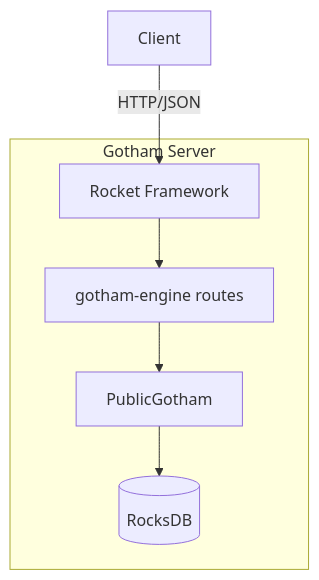
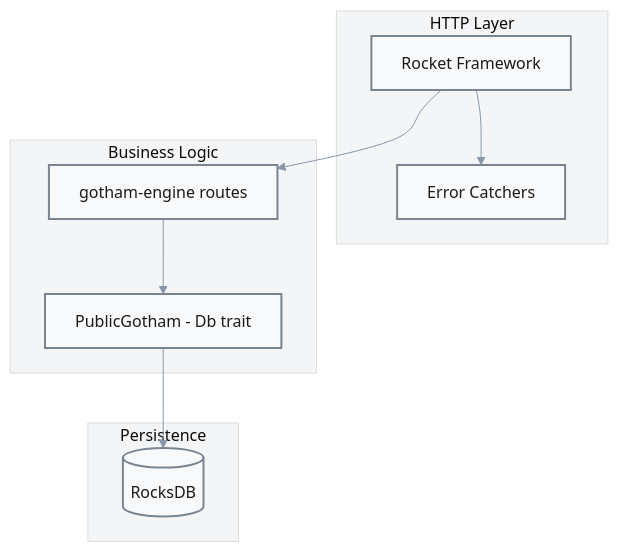
Before and after one commit to ljg-cqu/ZenGo-X-gotham-city: the diagram in wiki/Components/Gotham_Server.md, drawn with Mermaid. The commit also changed other lines of this file and 41 other files, not shown here.

````diff
--- a/wiki/Components/Gotham_Server.md
+++ b/wiki/Components/Gotham_Server.md
@@ -19,14 +13,22 @@
 ```mermaid
+%%{init: {"theme": "base", "themeVariables": {"primaryColor": "#f8f9fa", "primaryTextColor": "#1a1a1a", "primaryBorderColor": "#7a8591", "lineColor": "#8897a8", "secondaryColor": "#eff6fb", "tertiaryColor": "#f3f5f7"}}}%%
 flowchart TD
-    subgraph Server["Gotham Server"]
-        R[Rocket Framework]
-        GE[gotham-engine routes]
-        PG[PublicGotham]
-        DB[(RocksDB)]
+    subgraph HTTP["HTTP Layer"]
+        ROCKET[Rocket Framework]
+        CATCH[Error Catchers]
+    end
+    subgraph Logic["Business Logic"]
+        ENGINE[gotham-engine routes]
+        DB[PublicGotham - Db trait]
+    end
+    subgraph Storage["Persistence"]
+        ROCKS[(RocksDB)]
     end
     
-    Client -->|HTTP/JSON| R
-    R --> GE
-    GE --> PG
-    PG --> DB
+    ROCKET --> ENGINE
+    ROCKET --> CATCH
+    ENGINE --> DB
+    DB --> ROCKS
+    
+    classDef default fill:#f8f9fa,stroke:#7a8591,stroke-width:2px,color:#1a1a1a
 ```
````
